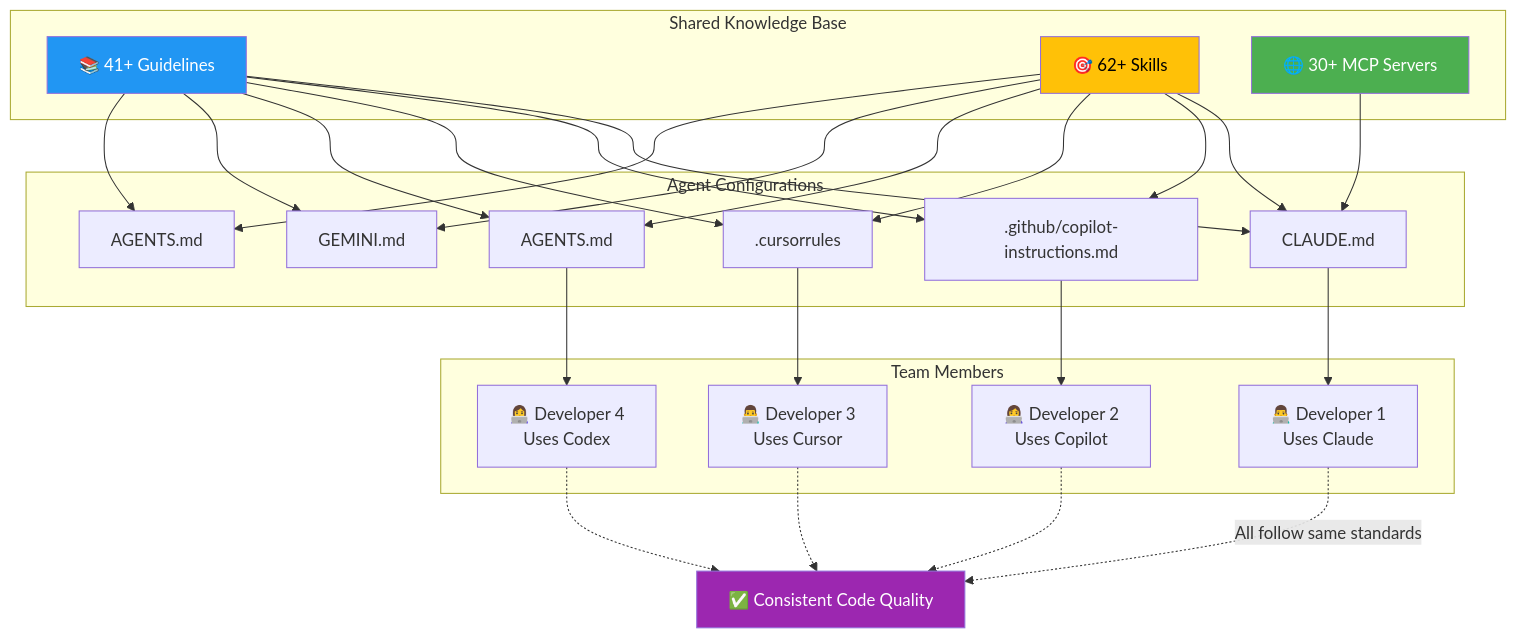
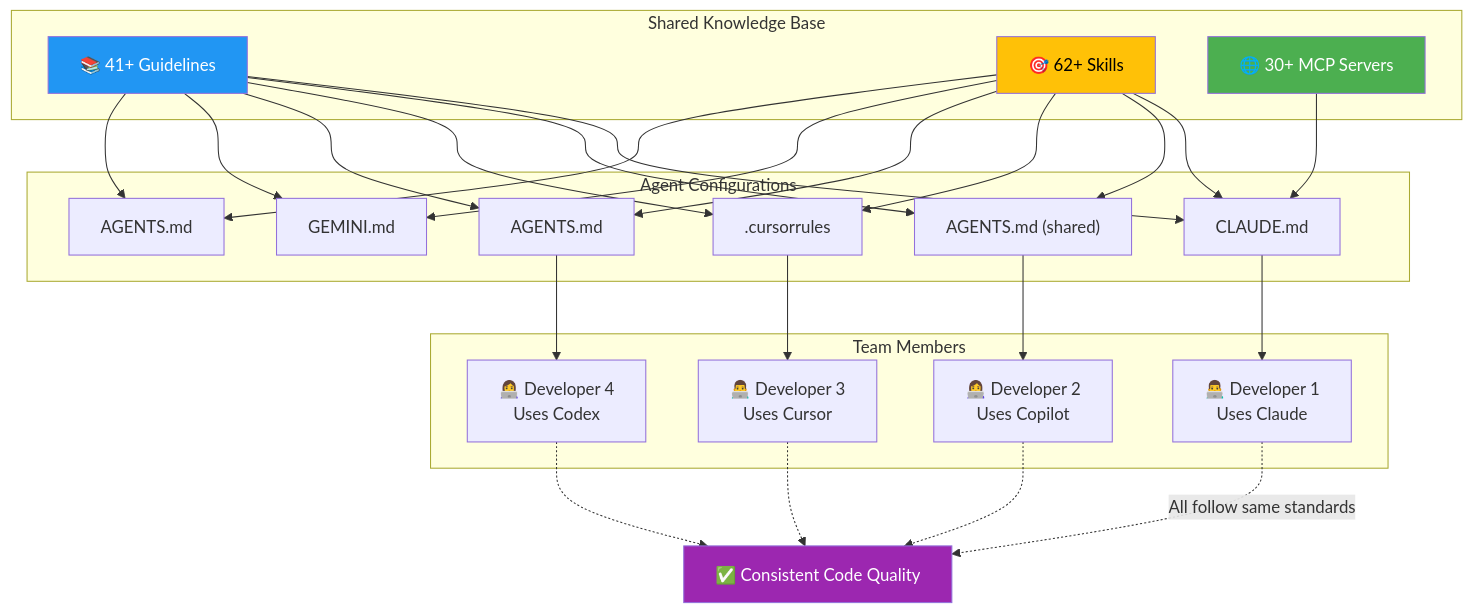
The seventh of 8 diagrams in AI_INTEGRATION.md (ColdBox/coldbox-cli), drawn with Mermaid before and after one commit. The commit also changed other lines of this file and 4 other files, not shown here.

First line of the commit message:
Migrate GitHub Copilot agent from .github/copilot-instructions.md to AGENTS.md

````diff
--- a/AI_INTEGRATION.md
+++ b/AI_INTEGRATION.md
@@ -945,43 +944,43 @@
 ```mermaid
 graph TB
     subgraph "Shared Knowledge Base"
         Guidelines["📚 41+ Guidelines"]
         Skills["🎯 62+ Skills"]
         MCP["🌐 30+ MCP Servers"]
     end
 
     subgraph "Agent Configurations"
         Guidelines --> ClaudeConfig["CLAUDE.md"]
-        Guidelines --> CopilotConfig[".github/copilot-instructions.md"]
+        Guidelines --> CopilotConfig["AGENTS.md (shared)"]
         Guidelines --> CursorConfig[".cursorrules"]
         Guidelines --> CodexConfig["AGENTS.md"]
         Guidelines --> GeminiConfig["GEMINI.md"]
         Guidelines --> OpenCodeConfig["AGENTS.md"]
 
         Skills --> ClaudeConfig
         Skills --> CopilotConfig
         Skills --> CursorConfig
         Skills --> CodexConfig
         Skills --> GeminiConfig
         Skills --> OpenCodeConfig
 
         MCP --> ClaudeConfig
     end
 
     subgraph "Team Members"
         ClaudeConfig --> Dev1["👨‍💻 Developer 1<br/>Uses Claude"]
         CopilotConfig --> Dev2["👩‍💻 Developer 2<br/>Uses Copilot"]
         CursorConfig --> Dev3["👨‍💻 Developer 3<br/>Uses Cursor"]
         CodexConfig --> Dev4["👩‍💻 Developer 4<br/>Uses Codex"]
     end
 
     Dev1 -."All follow same standards".-> Standards["✅ Consistent Code Quality"]
     Dev2 -.-> Standards
     Dev3 -.-> Standards
     Dev4 -.-> Standards
 
     style Guidelines fill:#2196f3,color:#fff
     style Skills fill:#ffc107,color:#000
     style MCP fill:#4caf50,color:#fff
     style Standards fill:#9c27b0,color:#fff
 ```
````
